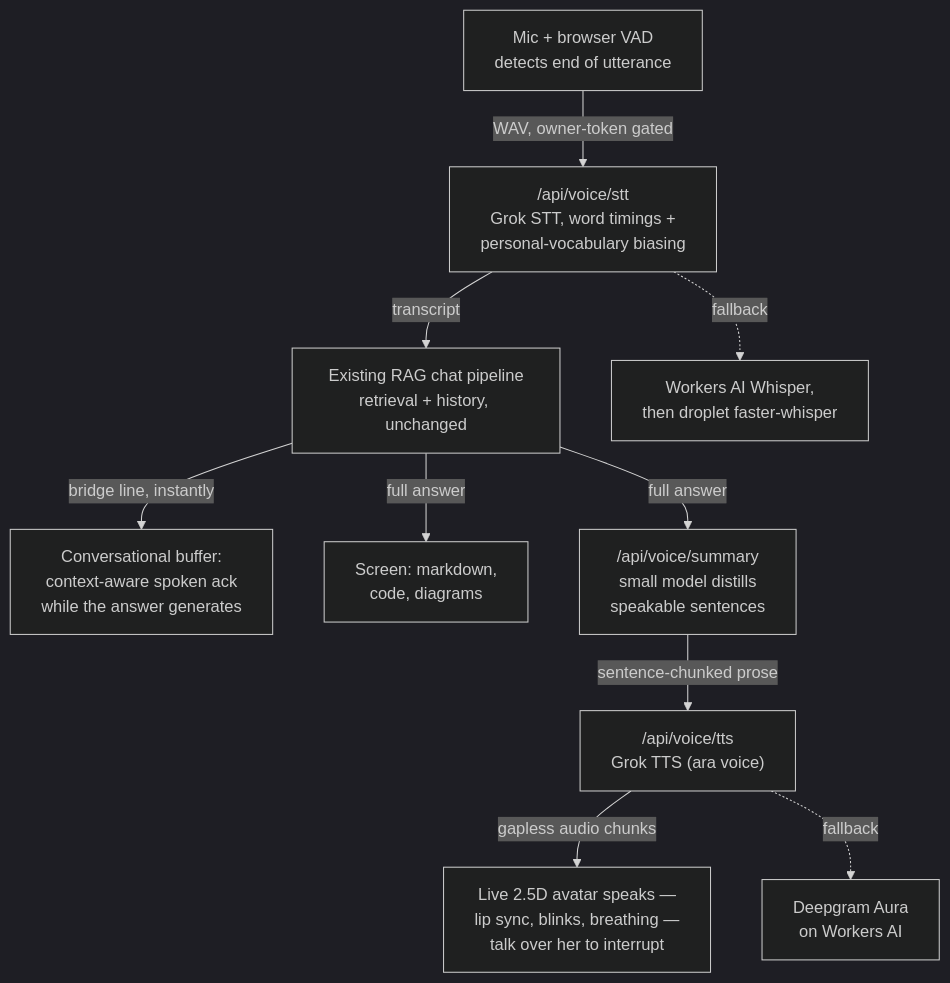
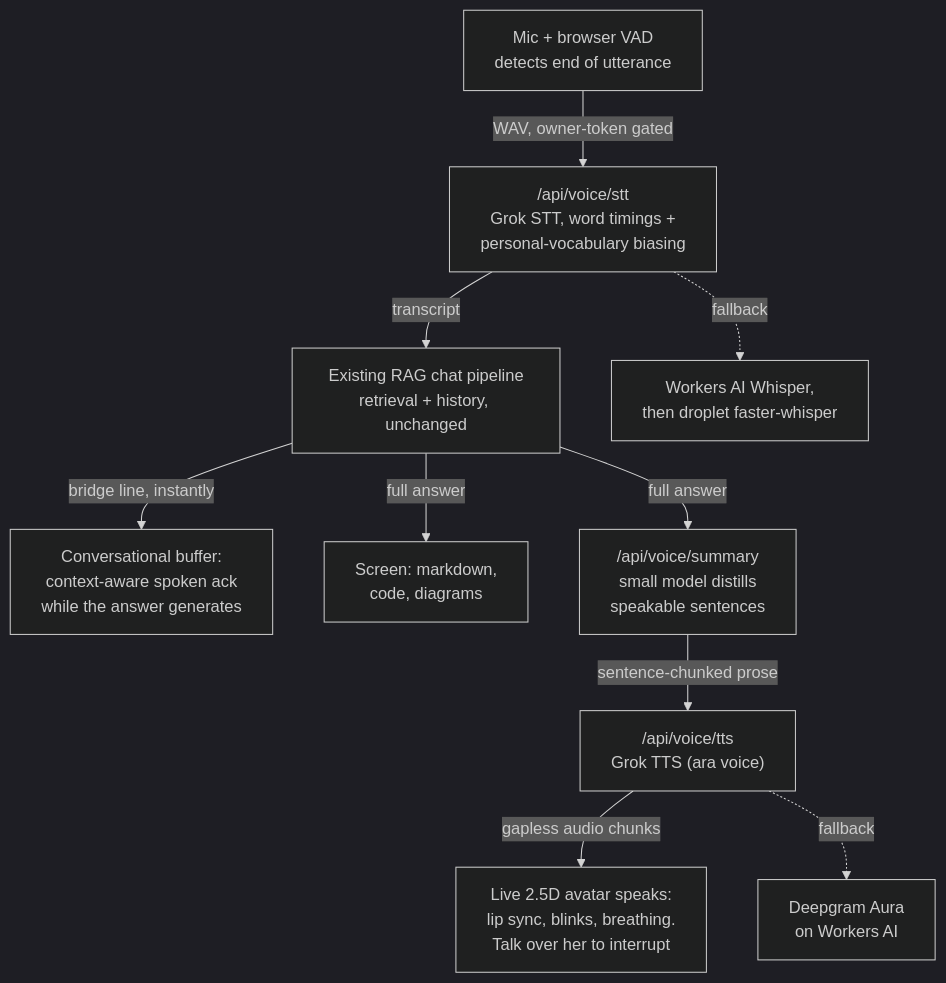
Before and after one commit to sfrancis2017/sajivfrancis.github.io: the diagram in src/content/blog/2026-08-17-giving-my-personal-chat-a-voice-and-a-face.mdx, drawn with Mermaid (dark theme). The commit also changed other lines of this file and 22 other files, not shown here.

````diff
--- a/src/content/blog/2026-08-17-giving-my-personal-chat-a-voice-and-a-face.mdx
+++ b/src/content/blog/2026-08-17-giving-my-personal-chat-a-voice-and-a-face.mdx
@@ -47,12 +47,12 @@
 ```mermaid
 flowchart TD
     A[Mic + browser VAD<br>detects end of utterance] -->|"WAV, owner-token gated"| B["/api/voice/stt<br>Grok STT, word timings +<br>personal-vocabulary biasing"]
     B -->|transcript| C[Existing RAG chat pipeline<br>retrieval + history, unchanged]
     C -->|"bridge line, instantly"| K["Conversational buffer:<br>context-aware spoken ack<br>while the answer generates"]
     C -->|full answer| D[Screen: markdown,<br>code, diagrams]
     C -->|full answer| E["/api/voice/summary<br>small model distills<br>speakable sentences"]
     E -->|"sentence-chunked prose"| F["/api/voice/tts<br>Grok TTS (ara voice)"]
-    F -->|"gapless audio chunks"| G[Live 2.5D avatar speaks —<br>lip sync, blinks, breathing —<br>talk over her to interrupt]
+    F -->|"gapless audio chunks"| G[Live 2.5D avatar speaks:<br>lip sync, blinks, breathing.<br>Talk over her to interrupt]
     B -.->|fallback| H[Workers AI Whisper,<br>then droplet faster-whisper]
     F -.->|fallback| I[Deepgram Aura<br>on Workers AI]
 ```
````
